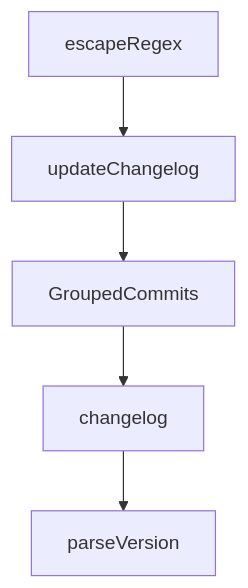
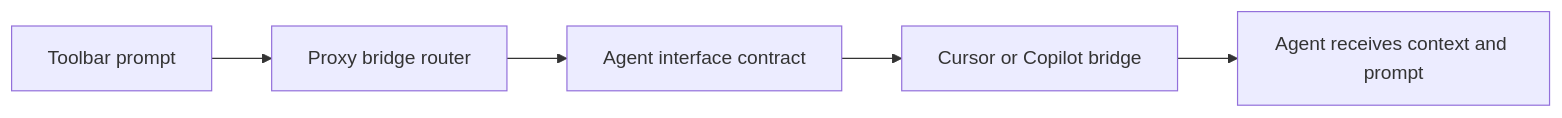
The diagram in tutorials/stagewise-tutorial/03-bridge-mode-and-multi-agent-integrations.md (johnxie/awesome-code-docs), drawn with Mermaid before and after one commit. The commit also changed other lines of this file and 1232 other files, not shown here.

````diff
--- a/tutorials/stagewise-tutorial/03-bridge-mode-and-multi-agent-integrations.md
+++ b/tutorials/stagewise-tutorial/03-bridge-mode-and-multi-agent-integrations.md
@@ -223,12 +68,7 @@
 ```mermaid
-flowchart TD
-    A[escapeRegex]
-    B[updateChangelog]
-    C[GroupedCommits]
-    D[changelog]
-    E[parseVersion]
-    A --> B
-    B --> C
-    C --> D
-    D --> E
+flowchart LR
+    A[Toolbar prompt] --> B[Proxy bridge router]
+    B --> C[Agent interface contract]
+    C --> D[Cursor or Copilot bridge]
+    D --> E[Agent receives context and prompt]
 ```
````
